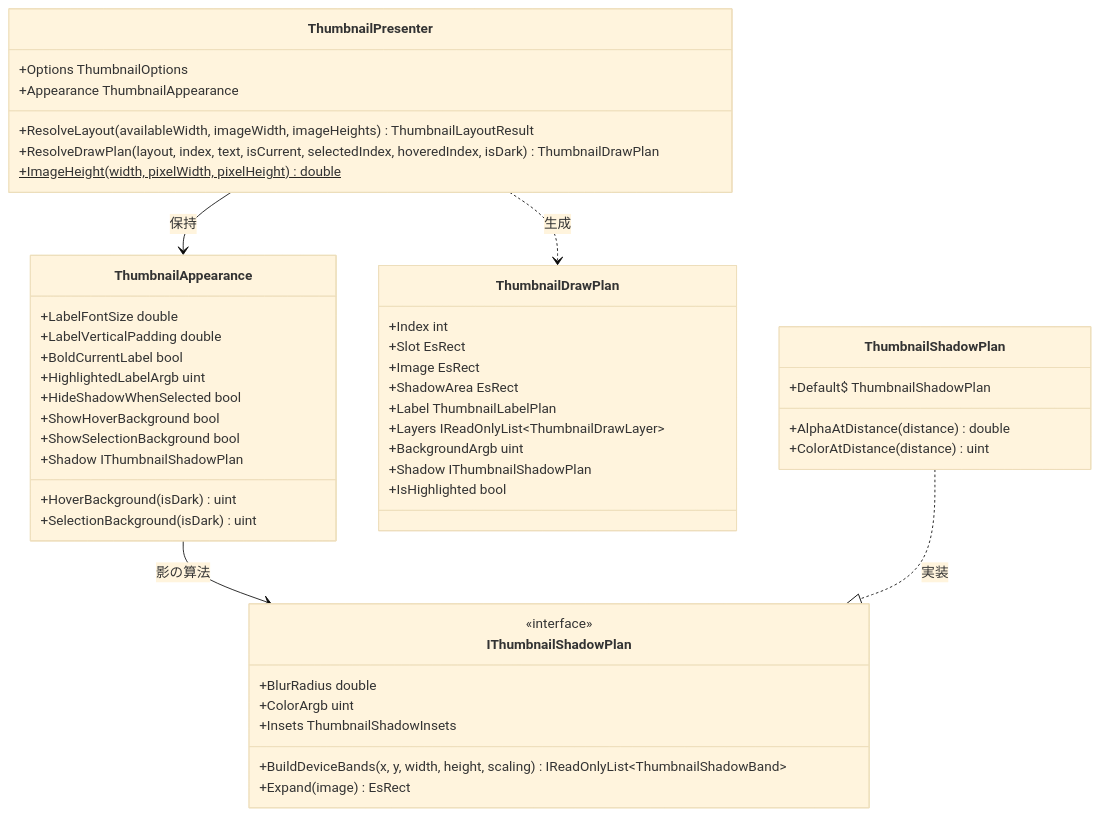
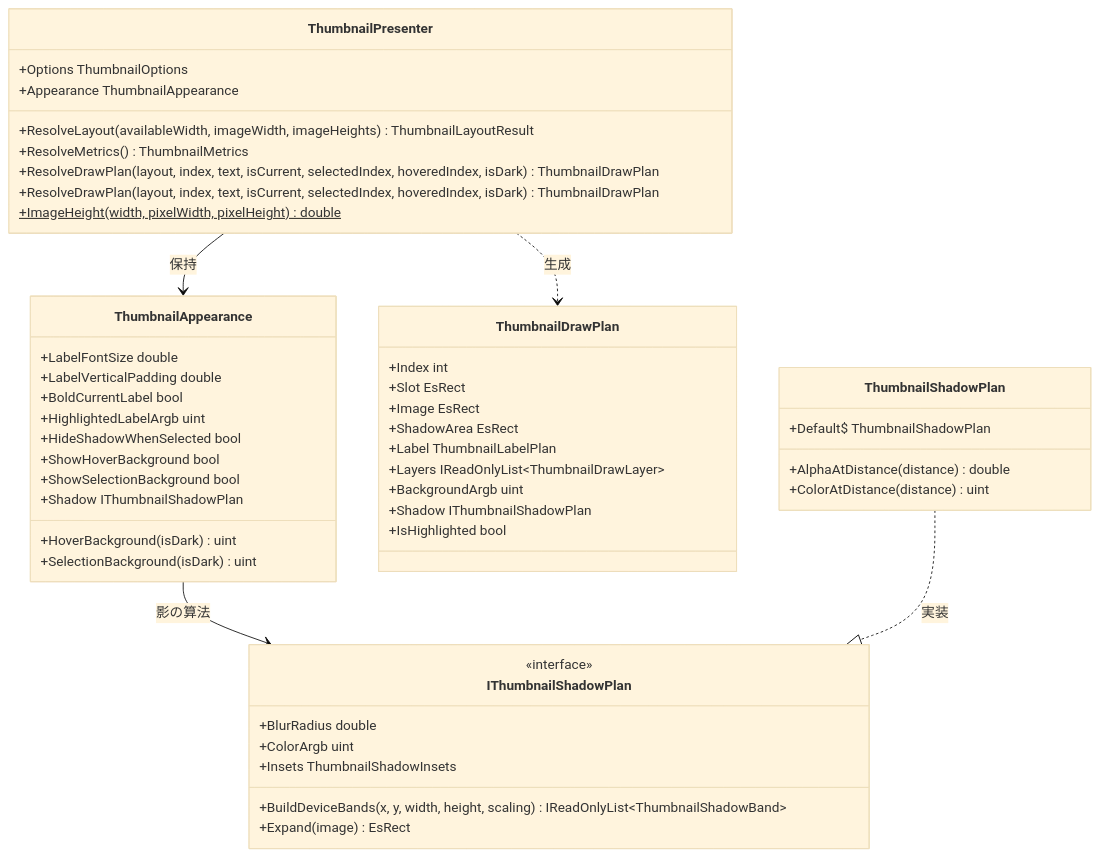
The second of 4 diagrams in EsUtil/Feature.Thumbnail.Presenter/docs/SPEC_System.md (tomokuni/EsUtil), drawn with Mermaid (base theme) before and after one commit. The commit also changed other lines of this file and 30 other files, not shown here.

````diff
--- a/EsUtil/Feature.Thumbnail.Presenter/docs/SPEC_System.md
+++ b/EsUtil/Feature.Thumbnail.Presenter/docs/SPEC_System.md
@@ -108,51 +108,53 @@
 ```mermaid
 classDiagram
     class ThumbnailPresenter {
         +Options ThumbnailOptions
         +Appearance ThumbnailAppearance
         +ResolveLayout(availableWidth, imageWidth, imageHeights) ThumbnailLayoutResult
+        +ResolveMetrics() ThumbnailMetrics
+        +ResolveDrawPlan(layout, index, text, isCurrent, selectedIndex, hoveredIndex, isDark) ThumbnailDrawPlan
         +ResolveDrawPlan(layout, index, text, isCurrent, selectedIndex, hoveredIndex, isDark) ThumbnailDrawPlan
         +ImageHeight(width, pixelWidth, pixelHeight)$ double
     }
     class ThumbnailAppearance {
         +LabelFontSize double
         +LabelVerticalPadding double
         +BoldCurrentLabel bool
         +HighlightedLabelArgb uint
         +HideShadowWhenSelected bool
         +ShowHoverBackground bool
         +ShowSelectionBackground bool
         +Shadow IThumbnailShadowPlan
         +HoverBackground(isDark) uint
         +SelectionBackground(isDark) uint
     }
     class ThumbnailDrawPlan {
         +Index int
         +Slot EsRect
         +Image EsRect
         +ShadowArea EsRect
         +Label ThumbnailLabelPlan
         +Layers IReadOnlyList~ThumbnailDrawLayer~
         +BackgroundArgb uint
         +Shadow IThumbnailShadowPlan
         +IsHighlighted bool
     }
     class IThumbnailShadowPlan {
         <<interface>>
         +BlurRadius double
         +ColorArgb uint
         +Insets ThumbnailShadowInsets
         +BuildDeviceBands(x, y, width, height, scaling) IReadOnlyList~ThumbnailShadowBand~
         +Expand(image) EsRect
     }
     class ThumbnailShadowPlan {
         +Default$ ThumbnailShadowPlan
         +AlphaAtDistance(distance) double
         +ColorAtDistance(distance) uint
     }
 
     ThumbnailPresenter --> ThumbnailAppearance : 保持
     ThumbnailPresenter ..> ThumbnailDrawPlan : 生成
     ThumbnailAppearance --> IThumbnailShadowPlan : 影の算法
     ThumbnailShadowPlan ..|> IThumbnailShadowPlan : 実装
 ```
````
